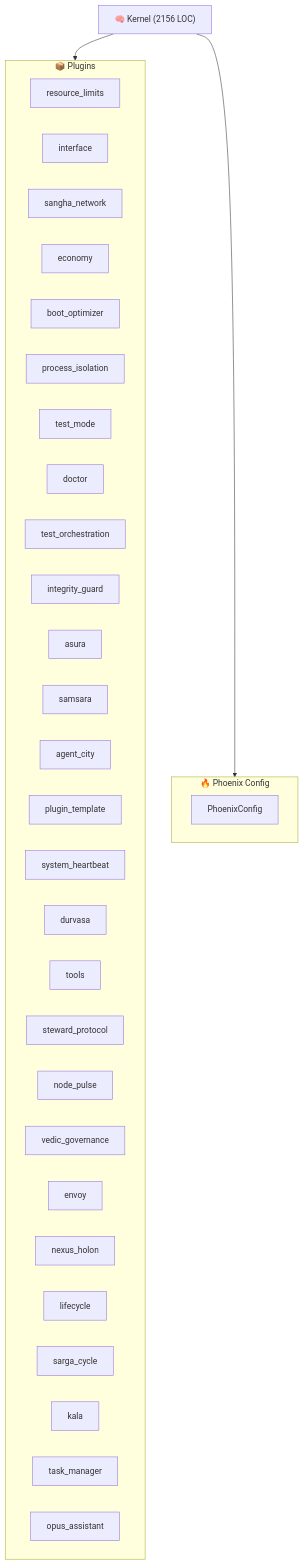
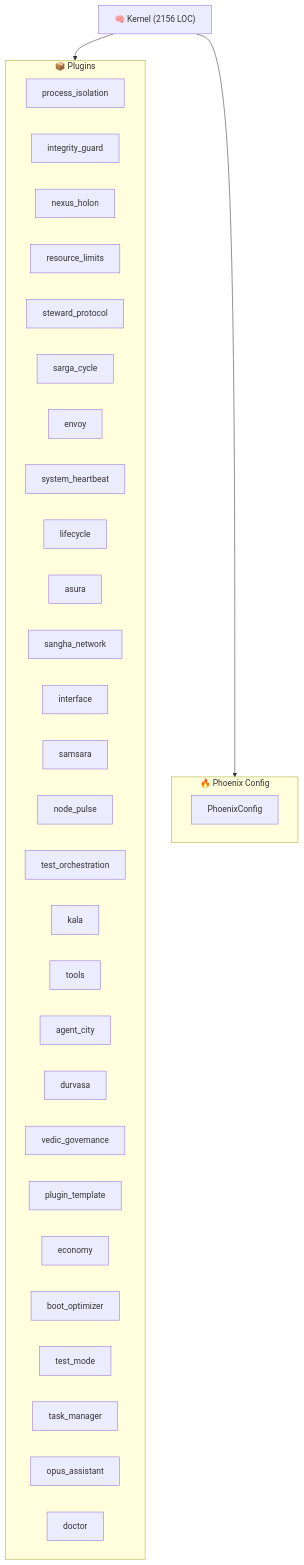
Before and after one commit to kimeisele/steward-protocol: the diagram in ARCHITECTURE.md, drawn with Mermaid. The commit also changed other lines of this file and 10 other files, not shown here.

````diff
--- a/ARCHITECTURE.md
+++ b/ARCHITECTURE.md
@@ -8,38 +8,38 @@
 ```mermaid
 graph TB
     K["🧠 Kernel (2156 LOC)"]
     subgraph Plugins["📦 Plugins"]
+        P_process_isolation["process_isolation"]
+        P_integrity_guard["integrity_guard"]
+        P_nexus_holon["nexus_holon"]
         P_resource_limits["resource_limits"]
+        P_steward_protocol["steward_protocol"]
+        P_sarga_cycle["sarga_cycle"]
+        P_envoy["envoy"]
+        P_system_heartbeat["system_heartbeat"]
+        P_lifecycle["lifecycle"]
+        P_asura["asura"]
+        P_sangha_network["sangha_network"]
         P_interface["interface"]
-        P_sangha_network["sangha_network"]
+        P_samsara["samsara"]
+        P_node_pulse["node_pulse"]
+        P_test_orchestration["test_orchestration"]
+        P_kala["kala"]
+        P_tools["tools"]
+        P_agent_city["agent_city"]
+        P_durvasa["durvasa"]
+        P_vedic_governance["vedic_governance"]
+        P_plugin_template["plugin_template"]
         P_economy["economy"]
         P_boot_optimizer["boot_optimizer"]
-        P_process_isolation["process_isolation"]
         P_test_mode["test_mode"]
-        P_doctor["doctor"]
-        P_test_orchestration["test_orchestration"]
-        P_integrity_guard["integrity_guard"]
-        P_asura["asura"]
-        P_samsara["samsara"]
-        P_agent_city["agent_city"]
-        P_plugin_template["plugin_template"]
-        P_system_heartbeat["system_heartbeat"]
-        P_durvasa["durvasa"]
-        P_tools["tools"]
-        P_steward_protocol["steward_protocol"]
-        P_node_pulse["node_pulse"]
-        P_vedic_governance["vedic_governance"]
-        P_envoy["envoy"]
-        P_nexus_holon["nexus_holon"]
-        P_lifecycle["lifecycle"]
-        P_sarga_cycle["sarga_cycle"]
-        P_kala["kala"]
         P_task_manager["task_manager"]
         P_opus_assistant["opus_assistant"]
+        P_doctor["doctor"]
     end
     K --> Plugins
     subgraph Config["🔥 Phoenix Config"]
         PC[PhoenixConfig]
     end
     K --> Config
 ```
````
